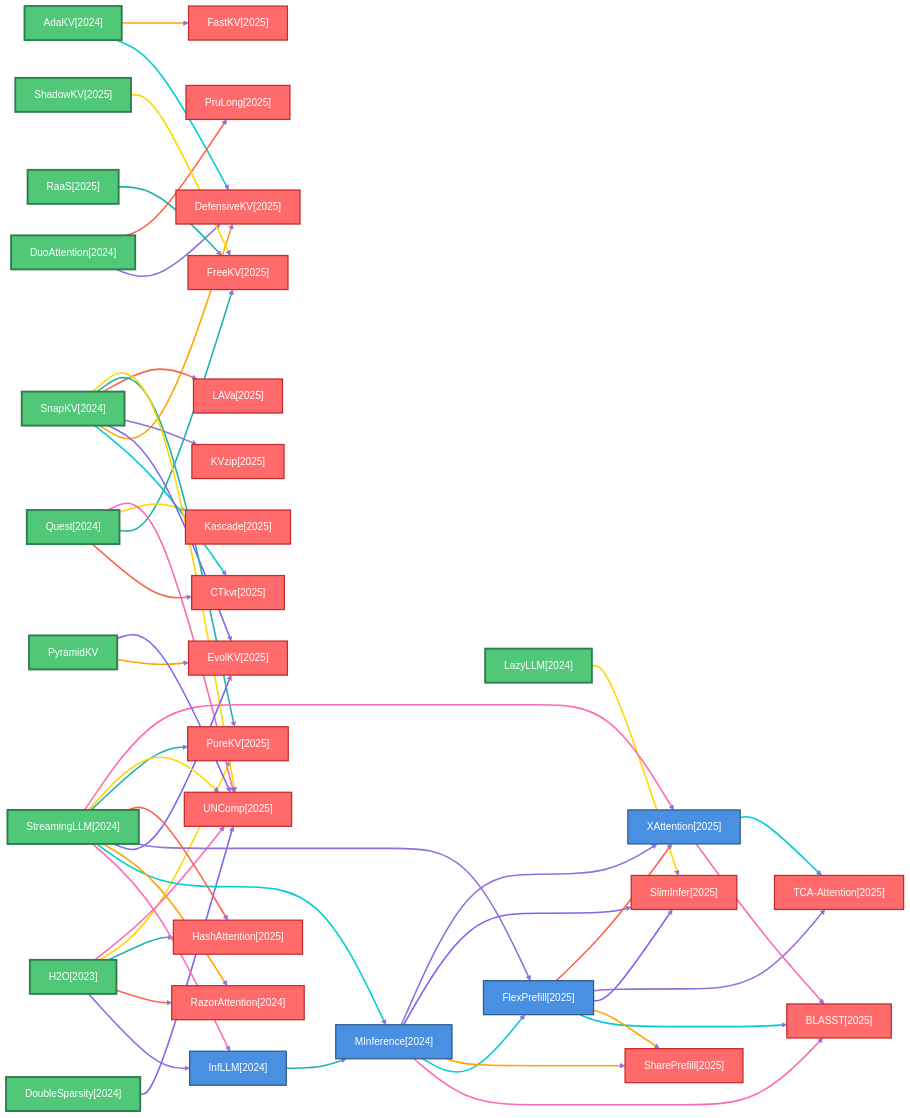
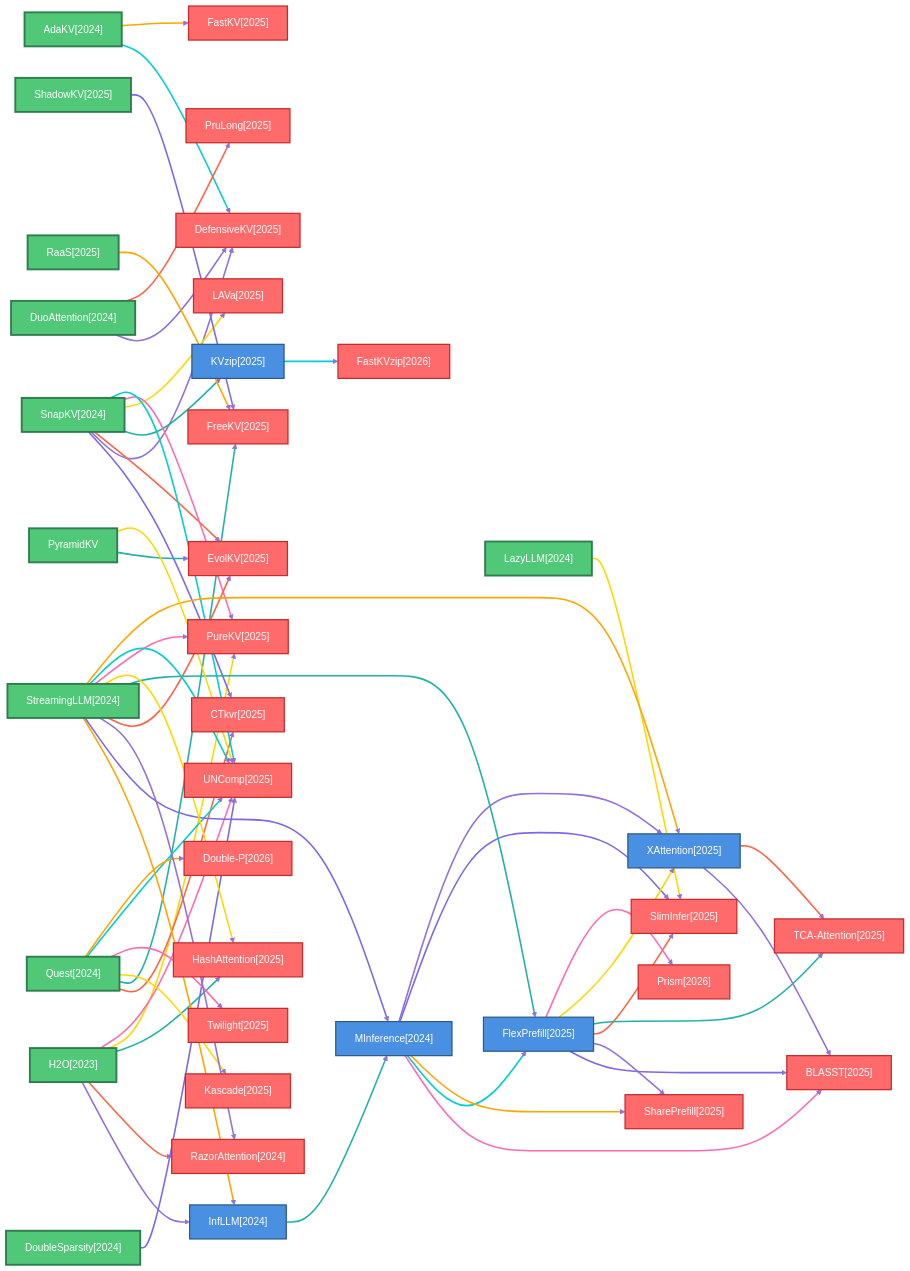
One commit to hustzxd/EfficientPaper changed the first of 11 diagrams in docs/baseline_methods_graph.md. Above: the diagram before and after it, drawn with Mermaid. The commit also changed other lines of this file and 80 other files, not shown here.

````diff
--- a/docs/baseline_methods_graph.md
+++ b/docs/baseline_methods_graph.md
@@ -54,7 +54,7 @@
     2025_HashAttention["HashAttention[2025]"]
     class 2025_HashAttention leafNode
     2025_KVzip["KVzip[2025]"]
-    class 2025_KVzip leafNode
+    class 2025_KVzip defaultNode
     2025_Kascade["Kascade[2025]"]
     class 2025_Kascade leafNode
     2025_LAVa["LAVa[2025]"]
@@ -73,10 +73,18 @@
     class 2025_SlimInfer leafNode
     2025_TCA_Attention["TCA-Attention[2025]"]
     class 2025_TCA_Attention leafNode
+    2025_Twilight["Twilight[2025]"]
+    class 2025_Twilight leafNode
     2025_UNComp["UNComp[2025]"]
     class 2025_UNComp leafNode
     2025_XAttention["XAttention[2025]"]
     class 2025_XAttention defaultNode
+    2026_Double_P["Double-P[2026]"]
+    class 2026_Double_P leafNode
+    2026_FastKVzip["FastKVzip[2026]"]
+    class 2026_FastKVzip leafNode
+    2026_Prism["Prism[2026]"]
+    class 2026_Prism leafNode
     PyramidKV["PyramidKV"]
     class PyramidKV rootNode
 
@@ -120,60 +128,68 @@
     linkStyle 18 stroke:#20B2AA,stroke-width:2.5px
     2024_Quest ==>|" "| 2025_Kascade
     linkStyle 19 stroke:#FFD700,stroke-width:2.5px
+    2024_Quest ==>|" "| 2025_Twilight
+    linkStyle 20 stroke:#FF69B4,stroke-width:2.5px
     2024_Quest ==>|" "| 2025_UNComp
-    linkStyle 20 stroke:#FF69B4,stroke-width:2.5px
+    linkStyle 21 stroke:#00CED1,stroke-width:2.5px
+    2024_Quest ==>|" "| 2026_Double_P
+    linkStyle 22 stroke:#FFA500,stroke-width:2.5px
     2024_SnapKV ==>|" "| 2025_CTkvr
-    linkStyle 21 stroke:#00CED1,stroke-width:2.5px
+    linkStyle 23 stroke:#7B68EE,stroke-width:2.5px
     2024_SnapKV ==>|" "| 2025_DefensiveKV
-    linkStyle 22 stroke:#FFA500,stroke-width:2.5px
+    linkStyle 24 stroke:#9370DB,stroke-width:2.5px
     2024_SnapKV ==>|" "| 2025_EvolKV
-    linkStyle 23 stroke:#7B68EE,stroke-width:2.5px
+    linkStyle 25 stroke:#FF6347,stroke-width:2.5px
     2024_SnapKV ==>|" "| 2025_KVzip
-    linkStyle 24 stroke:#9370DB,stroke-width:2.5px
+    linkStyle 26 stroke:#20B2AA,stroke-width:2.5px
     2024_SnapKV ==>|" "| 2025_LAVa
-    linkStyle 25 stroke:#FF6347,stroke-width:2.5px
+    linkStyle 27 stroke:#FFD700,stroke-width:2.5px
     2024_SnapKV ==>|" "| 2025_PureKV
-    linkStyle 26 stroke:#20B2AA,stroke-width:2.5px
+    linkStyle 28 stroke:#FF69B4,stroke-width:2.5px
     2024_SnapKV ==>|" "| 2025_UNComp
-    linkStyle 27 stroke:#FFD700,stroke-width:2.5px
+    linkStyle 29 stroke:#00CED1,stroke-width:2.5px
     2024_StreamingLLM ==>|" "| 2024_InfLLM
-    linkStyle 28 stroke:#FF69B4,stroke-width:2.5px
+    linkStyle 30 stroke:#FFA500,stroke-width:2.5px
     2024_StreamingLLM ==>|" "| 2024_MInference
-    linkStyle 29 stroke:#00CED1,stroke-width:2.5px
+    linkStyle 31 stroke:#7B68EE,stroke-width:2.5px
     2024_StreamingLLM ==>|" "| 2024_RazorAttention
-    linkStyle 30 stroke:#FFA500,stroke-width:2.5px
+    linkStyle 32 stroke:#9370DB,stroke-width:2.5px
     2024_StreamingLLM ==>|" "| 2025_EvolKV
-    linkStyle 31 stroke:#7B68EE,stroke-width:2.5px
+    linkStyle 33 stroke:#FF6347,stroke-width:2.5px
     2024_StreamingLLM ==>|" "| 2025_FlexPrefill
-    linkStyle 32 stroke:#9370DB,stroke-width:2.5px
+    linkStyle 34 stroke:#20B2AA,stroke-width:2.5px
     2024_StreamingLLM ==>|" "| 2025_HashAttention
-    linkStyle 33 stroke:#FF6347,stroke-width:2.5px
+    linkStyle 35 stroke:#FFD700,stroke-width:2.5px
     2024_StreamingLLM ==>|" "| 2025_PureKV
-    linkStyle 34 stroke:#20B2AA,stroke-width:2.5px
+    linkStyle 36 stroke:#FF69B4,stroke-width:2.5px
     2024_StreamingLLM ==>|" "| 2025_UNComp
-    linkStyle 35 stroke:#FFD700,stroke-width:2.5px
+    linkStyle 37 stroke:#00CED1,stroke-width:2.5px
     2024_StreamingLLM ==>|" "| 2025_XAttention
-    linkStyle 36 stroke:#FF69B4,stroke-width:2.5px
+    linkStyle 38 stroke:#FFA500,stroke-width:2.5px
     2025_FlexPrefill ==>|" "| 2025_BLASST
-    linkStyle 37 stroke:#00CED1,stroke-width:2.5px
+    linkStyle 39 stroke:#7B68EE,stroke-width:2.5px
     2025_FlexPrefill ==>|" "| 2025_SharePrefill
-    linkStyle 38 stroke:#FFA500,stroke-width:2.5px
+    linkStyle 40 stroke:#9370DB,stroke-width:2.5px
     2025_FlexPrefill ==>|" "| 2025_SlimInfer
-    linkStyle 39 stroke:#7B68EE,stroke-width:2.5px
+    linkStyle 41 stroke:#FF6347,stroke-width:2.5px
     2025_FlexPrefill ==>|" "| 2025_TCA_Attention
-    linkStyle 40 stroke:#9370DB,stroke-width:2.5px
+    linkStyle 42 stroke:#20B2AA,stroke-width:2.5px
     2025_FlexPrefill ==>|" "| 2025_XAttention
-    linkStyle 41 stroke:#FF6347,stroke-width:2.5px
+    linkStyle 43 stroke:#FFD700,stroke-width:2.5px
+    2025_FlexPrefill ==>|" "| 2026_Prism
+    linkStyle 44 stroke:#FF69B4,stroke-width:2.5px
+    2025_KVzip ==>|" "| 2026_FastKVzip
+    linkStyle 45 stroke:#00CED1,stroke-width:2.5px
     2025_RaaS ==>|" "| 2025_FreeKV
-    linkStyle 42 stroke:#20B2AA,stroke-width:2.5px
+    linkStyle 46 stroke:#FFA500,stroke-width:2.5px
     2025_ShadowKV ==>|" "| 2025_FreeKV
-    linkStyle 43 stroke:#FFD700,stroke-width:2.5px
+    linkStyle 47 stroke:#7B68EE,stroke-width:2.5px
     2025_XAttention ==>|" "| 2025_BLASST
-    linkStyle 44 stroke:#FF69B4,stroke-width:2.5px
+    linkStyle 48 stroke:#9370DB,stroke-width:2.5px
     2025_XAttention ==>|" "| 2025_TCA_Attention
-    linkStyle 45 stroke:#00CED1,stroke-width:2.5px
+    linkStyle 49 stroke:#FF6347,stroke-width:2.5px
     PyramidKV ==>|" "| 2025_EvolKV
-    linkStyle 46 stroke:#FFA500,stroke-width:2.5px
+    linkStyle 50 stroke:#20B2AA,stroke-width:2.5px
     PyramidKV ==>|" "| 2025_UNComp
-    linkStyle 47 stroke:#7B68EE,stroke-width:2.5px
+    linkStyle 51 stroke:#FFD700,stroke-width:2.5px
 ```
````
